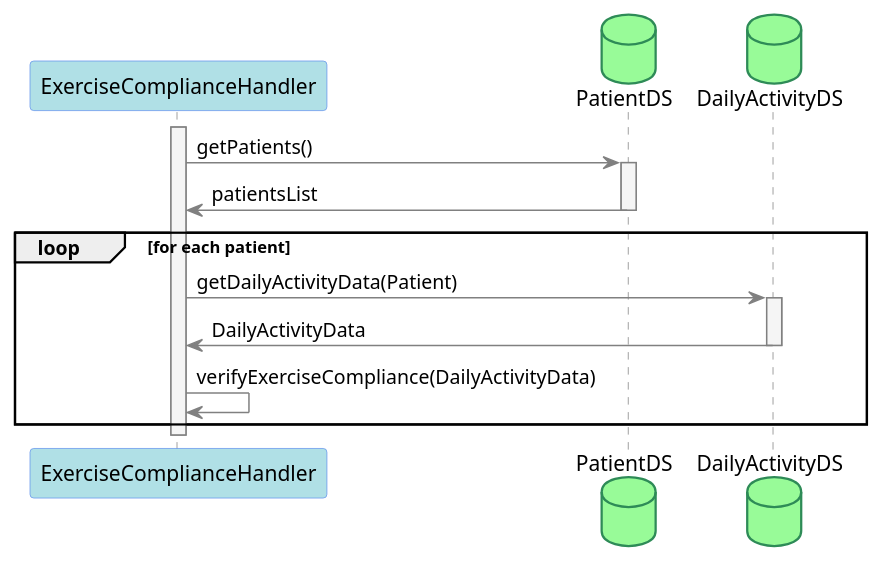
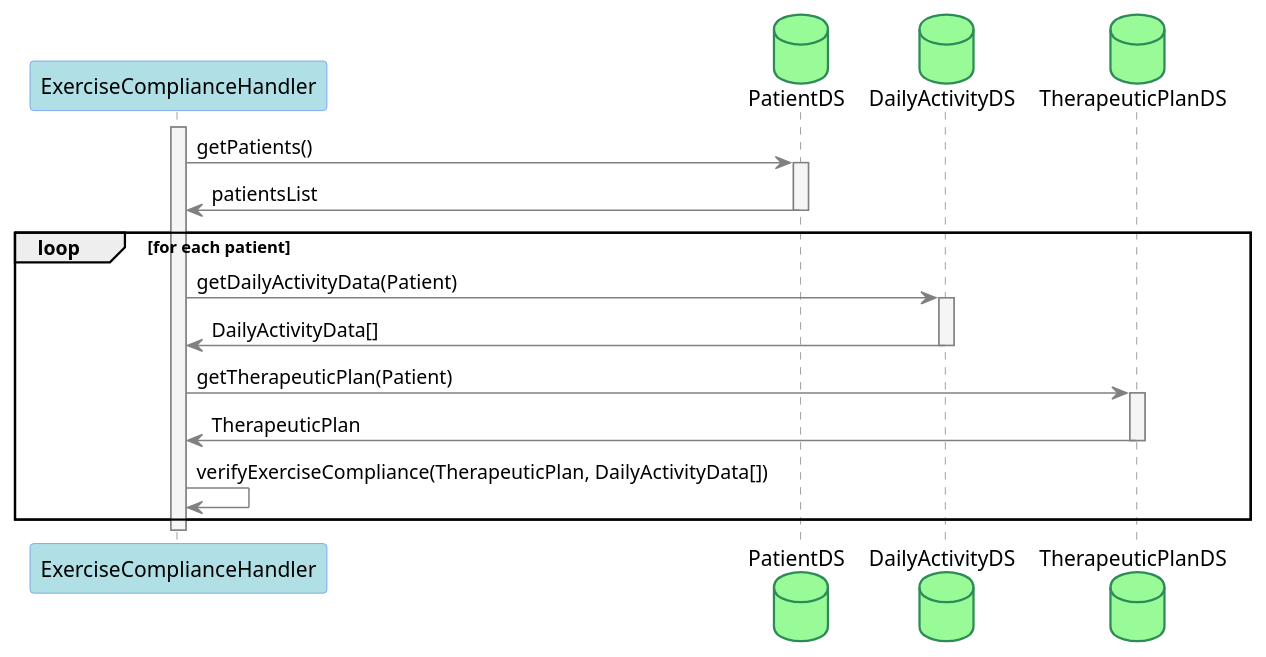
The diagram in diagrams/sequence-diagrams/verify_exercise_compliance_handler.wsd (koalas11/Software-Architecture-Project), drawn with PlantUML before and after one commit. The commit also changed 1 other file, not shown here.

Commit message:
fix: added thera plan to ver ex

```diff
--- a/diagrams/sequence-diagrams/verify_exercise_compliance_handler.wsd
+++ b/diagrams/sequence-diagrams/verify_exercise_compliance_handler.wsd
@@ -1,34 +1,37 @@
 @startuml verify_exercise_compliance
 
 skinparam sequence {
   ArrowColor Gray
   LifeLineBorderColor Gray
   LifeLineBackgroundColor WhiteSmoke
 
   ActorBorderColor Tomato
   ActorBackgroundColor LightSalmon
 
   ParticipantBackgroundColor PowderBlue
   ParticipantBorderColor CornflowerBlue
 }
 skinparam DatabaseBorderColor SeaGreen
 skinparam DatabaseBackgroundColor PaleGreen
 
 participant ExerciseComplianceHandler as ECH
 database PatientDS
 database DailyActivityDS
+database TherapeuticPlanDS
 
 activate ECH
 ECH -> PatientDS ++ : getPatients()
 ECH <- PatientDS -- : patientsList
 
 loop for each patient
   ECH -> DailyActivityDS ++ : getDailyActivityData(Patient)
-  ECH <- DailyActivityDS -- : DailyActivityData
+  ECH <- DailyActivityDS -- : DailyActivityData[]
+  ECH -> TherapeuticPlanDS ++ : getTherapeuticPlan(Patient)
+  ECH <- TherapeuticPlanDS -- : TherapeuticPlan
 
-  ECH -> ECH : verifyExerciseCompliance(DailyActivityData)
+  ECH -> ECH : verifyExerciseCompliance(TherapeuticPlan, DailyActivityData[])
 end
 
 deactivate ECH
 
 @enduml
```
